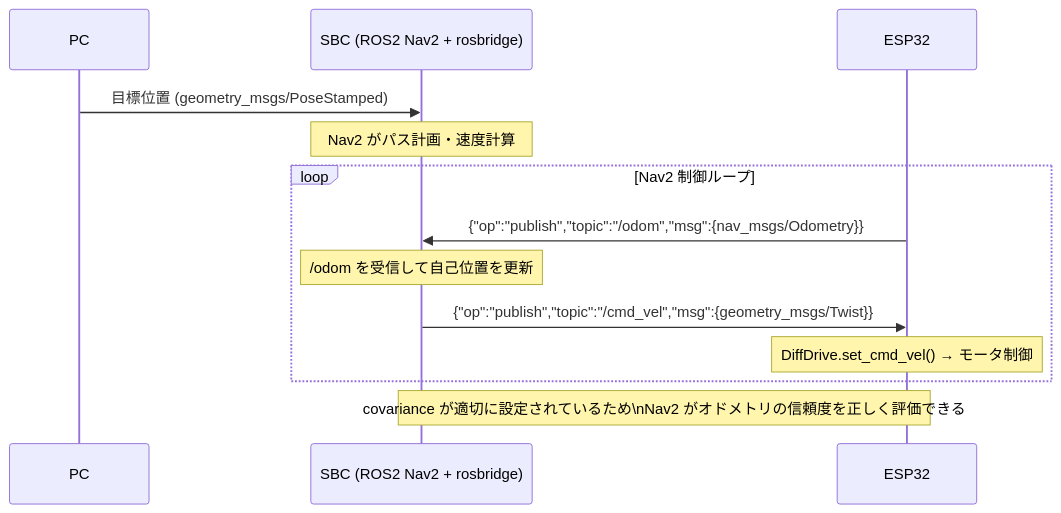
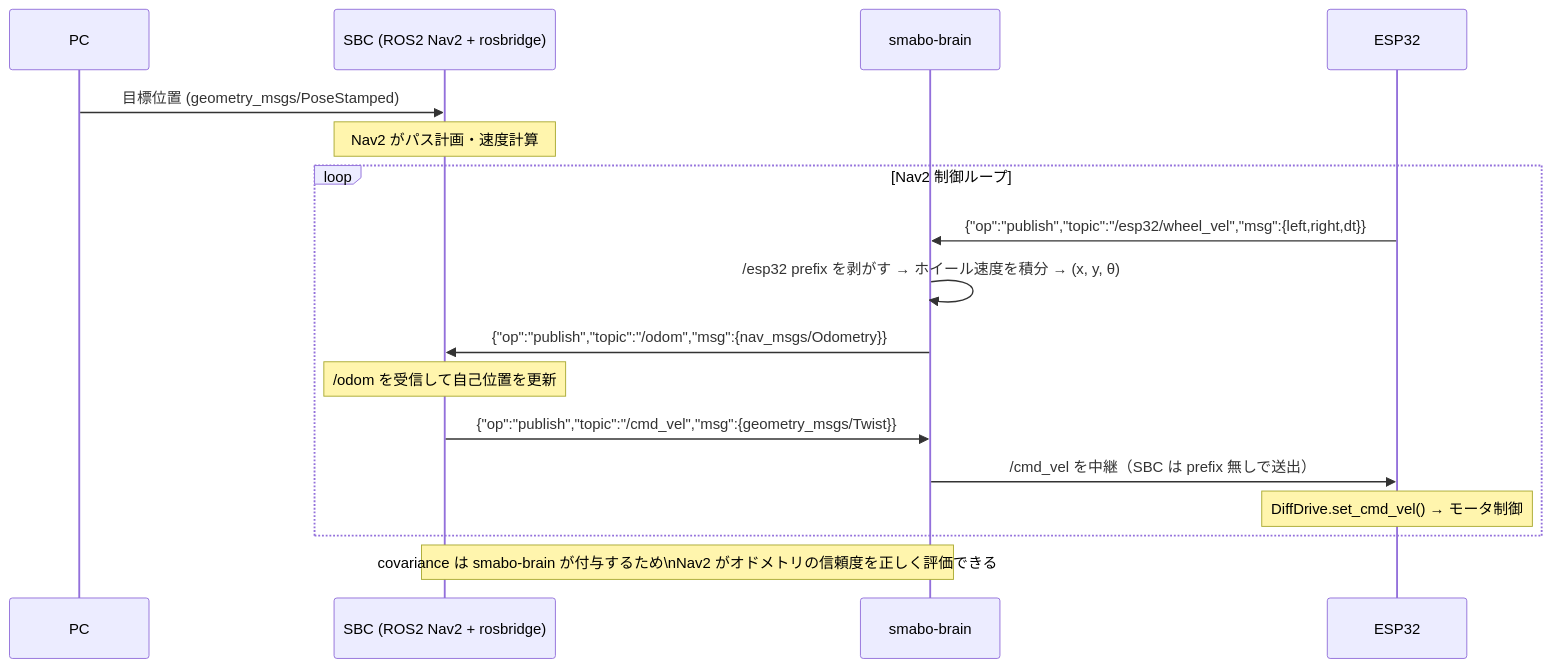
The seventh of 14 diagrams in docs/architecture/design.md (smabo-smartphone-robot/smabo-smartphone-robot.github.io), drawn with Mermaid before and after one commit. The commit also changed other lines of this file and 5 other files, not shown here.

````diff
--- a/docs/architecture/design.md
+++ b/docs/architecture/design.md
@@ -345,18 +366,22 @@
 ```mermaid
 sequenceDiagram
     participant PC
     participant SBC as SBC (ROS2 Nav2 + rosbridge)
+    participant Brain as smabo-brain
     participant ESP32
 
     PC->>SBC: 目標位置 (geometry_msgs/PoseStamped)
     Note over SBC: Nav2 がパス計画・速度計算
 
     loop Nav2 制御ループ
-        ESP32->>SBC: {"op":"publish","topic":"/odom","msg":{nav_msgs/Odometry}}
+        ESP32->>Brain: {"op":"publish","topic":"/esp32/wheel_vel","msg":{left,right,dt}}
+        Brain->>Brain: /esp32 prefix を剥がす → ホイール速度を積分 → (x, y, θ)
+        Brain->>SBC: {"op":"publish","topic":"/odom","msg":{nav_msgs/Odometry}}
         Note over SBC: /odom を受信して自己位置を更新
-        SBC->>ESP32: {"op":"publish","topic":"/cmd_vel","msg":{geometry_msgs/Twist}}
+        SBC->>Brain: {"op":"publish","topic":"/cmd_vel","msg":{geometry_msgs/Twist}}
+        Brain->>ESP32: /cmd_vel を中継（SBC は prefix 無しで送出）
         Note over ESP32: DiffDrive.set_cmd_vel() → モータ制御
     end
 
-    Note over SBC,ESP32: covariance が適切に設定されているため\nNav2 がオドメトリの信頼度を正しく評価できる
+    Note over Brain,SBC: covariance は smabo-brain が付与するため\nNav2 がオドメトリの信頼度を正しく評価できる
 ```
````
